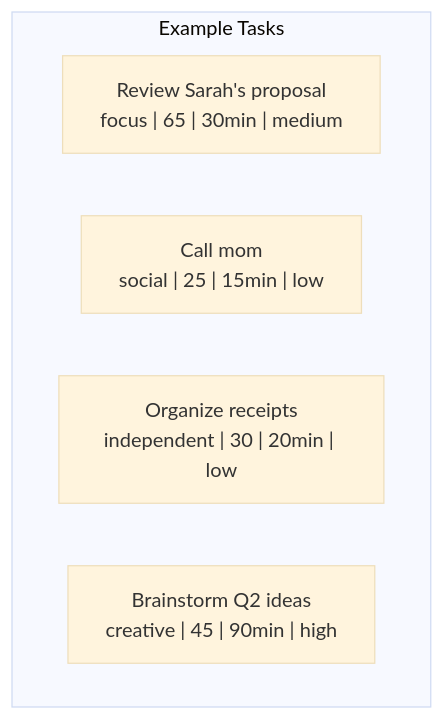
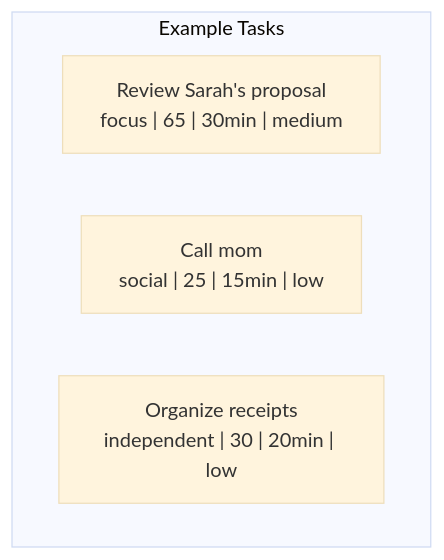
One commit to NickBorgers/hide-my-list changed diagram 17 of 18 in docs/notion-schema.md. Above: the diagram before and after it, drawn with Mermaid (base theme). The commit also changed other lines of this file and 4 other files, not shown here.

````diff
--- a/docs/notion-schema.md
+++ b/docs/notion-schema.md
@@ -413,9 +538,8 @@
 ```mermaid
 flowchart TD
     subgraph Sample["Example Tasks"]
         T1["Review Sarah's proposal<br/>focus | 65 | 30min | medium"]
         T2["Call mom<br/>social | 25 | 15min | low"]
         T3["Organize receipts<br/>independent | 30 | 20min | low"]
-        T4["Brainstorm Q2 ideas<br/>creative | 45 | 90min | high"]
     end
 ```
````
